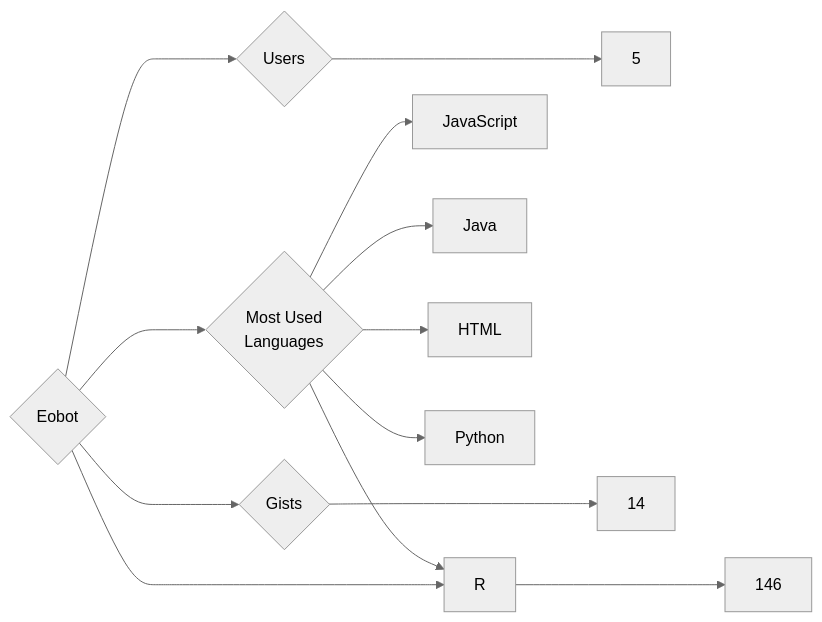
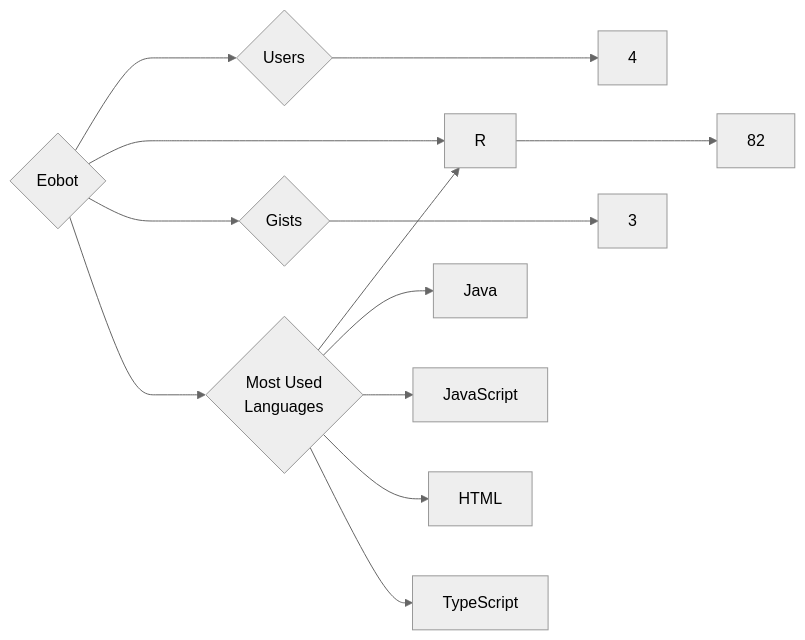
The diagram in targets/Eobot/README.md (trickest/insiders), drawn with Mermaid (neutral theme) before and after one commit. The commit also changed 859 other files, not shown here.

````diff
--- a/targets/Eobot/README.md
+++ b/targets/Eobot/README.md
@@ -3,13 +3,13 @@
 ```mermaid
 graph LR
 COMPANY_NAME{Eobot}
-COMPANY_NAME ---> U{Users} ---> UN[5]
-COMPANY_NAME ---> R{Repositories} ---> RN[146]
-COMPANY_NAME ---> G{Gists} ---> GN[14]
+COMPANY_NAME ---> U{Users} ---> UN[4]
+COMPANY_NAME ---> R{Repositories} ---> RN[82]
+COMPANY_NAME ---> G{Gists} ---> GN[3]
 COMPANY_NAME ---> ML{Most Used<br>Languages}
-ML --> JavaScript[JavaScript]
 ML --> R[R]
 ML --> Java[Java]
+ML --> JavaScript[JavaScript]
 ML --> HTML[HTML]
-ML --> Python[Python]
+ML --> TypeScript[TypeScript]
 ```
````
